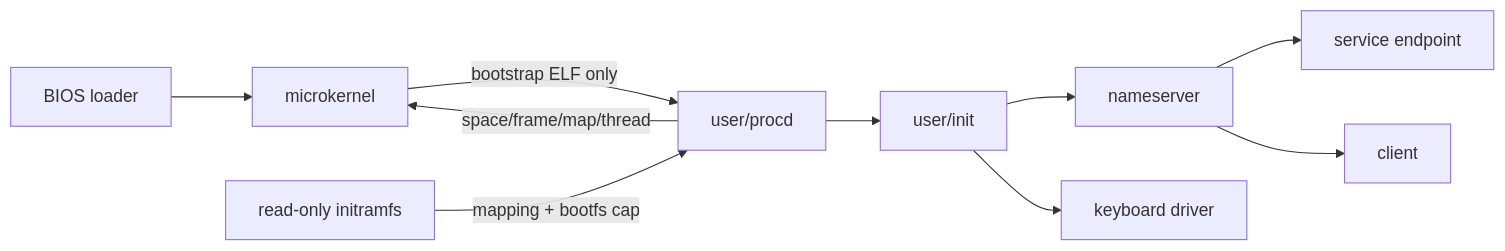
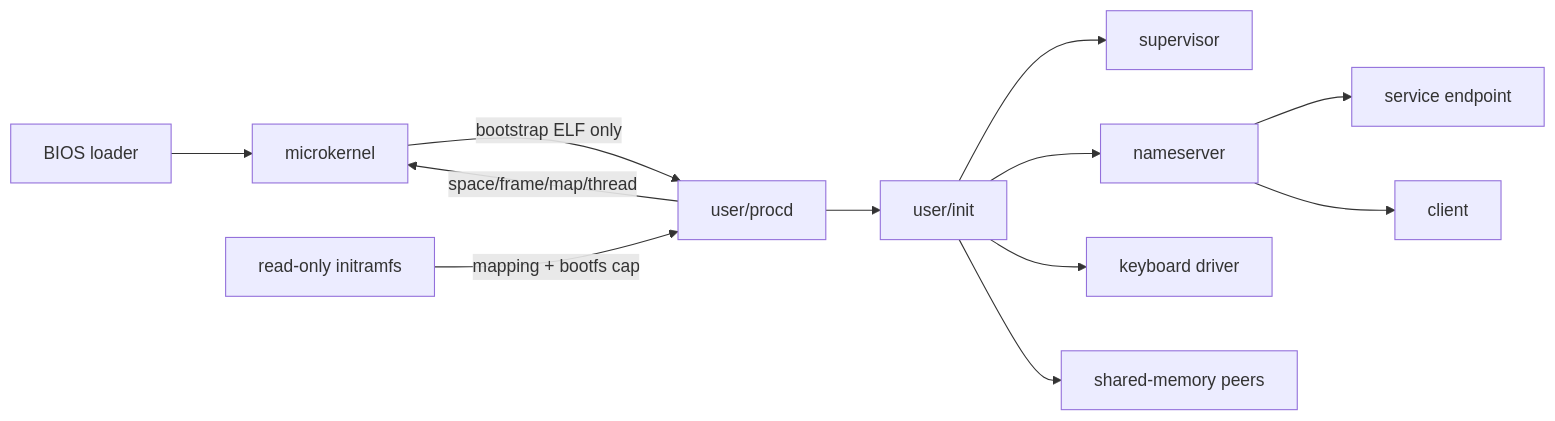
One commit to VladimirKraswov/varania-os changed the diagram in README.md. Above: the diagram before and after it, drawn with Mermaid. The commit also changed other lines of this file and 31 other files, not shown here.

Commit message:
feat: add supervision, capability revoke and shared memory

````diff
--- a/README.md
+++ b/README.md
@@ -90,12 +100,14 @@
 ```mermaid
 flowchart LR
     B["BIOS loader"] --> K["microkernel"]
     K -->|"bootstrap ELF only"| P["user/procd"]
     R["read-only initramfs"] -->|"mapping + bootfs cap"| P
     P -->|"space/frame/map/thread"| K
     P --> I["user/init"]
+    I --> V["supervisor"]
     I --> N["nameserver"]
     N --> S["service endpoint"]
     N --> C["client"]
     I --> D["keyboard driver"]
+    I --> H["shared-memory peers"]
 ```
````
